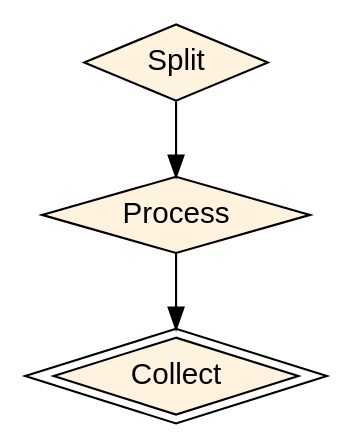
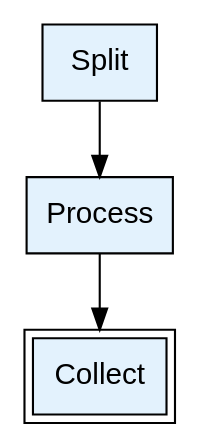
Before and after one commit to barnum-circus/barnum: the diagram in crates/barnum_cli/demos/command/graph.dot, drawn with Graphviz. The commit also changed 13 other files, not shown here.

```diff
--- a/crates/barnum_cli/demos/command/graph.dot
+++ b/crates/barnum_cli/demos/command/graph.dot
@@ -1,12 +1,12 @@
 digraph Barnum {
   rankdir=TB;
   node [fontname="Helvetica"];
   edge [fontname="Helvetica", fontsize=10];
 
-  "Split" [shape=diamond, label="Split", style=filled, fillcolor="#fff3e0"];
-  "Process" [shape=diamond, label="Process", style=filled, fillcolor="#fff3e0"];
-  "Collect" [shape=diamond, peripheries=2, label="Collect", style=filled, fillcolor="#fff3e0"];
+  "Split" [shape=box, label="Split", style=filled, fillcolor="#e3f2fd"];
+  "Process" [shape=box, label="Process", style=filled, fillcolor="#e3f2fd"];
+  "Collect" [shape=box, peripheries=2, label="Collect", style=filled, fillcolor="#e3f2fd"];
 
   "Split" -> "Process";
   "Process" -> "Collect";
 }
```
